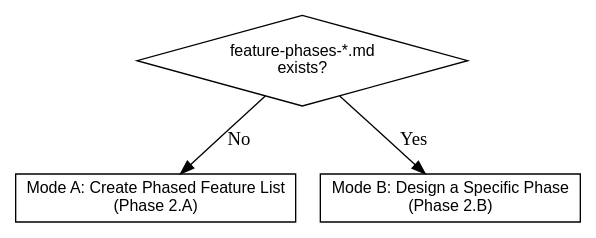
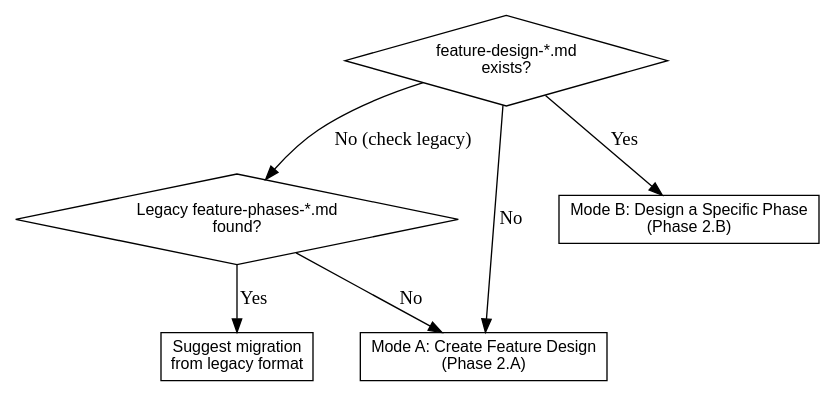
Before and after one commit to Yumoxj/vibe-ops: the second of 2 diagrams in skills/vibe-design/SKILL.md, drawn with Graphviz. The commit also changed other lines of this file and 26 other files, not shown here.

First line of the commit message:
feat: merge feature-phases into feature-design and enforce foundation checks

````diff
--- a/skills/vibe-design/SKILL.md
+++ b/skills/vibe-design/SKILL.md
@@ -83,13 +119,18 @@
 ```dot
 digraph detect_flow {
     rankdir=TB;
     node [fontname="Arial", fontsize=12];
 
-    check [shape=diamond, label="feature-phases-*.md\nexists?"];
-    mode_a [shape=box, label="Mode A: Create Phased Feature List\n(Phase 2.A)"];
+    check [shape=diamond, label="feature-design-*.md\nexists?"];
+    legacy [shape=diamond, label="Legacy feature-phases-*.md\nfound?"];
+    mode_a [shape=box, label="Mode A: Create Feature Design\n(Phase 2.A)"];
     mode_b [shape=box, label="Mode B: Design a Specific Phase\n(Phase 2.B)"];
+    migrate [shape=box, label="Suggest migration\nfrom legacy format"];
 
     check -> mode_a [label="No"];
     check -> mode_b [label="Yes"];
+    check -> legacy [label="No (check legacy)"];
+    legacy -> migrate [label="Yes"];
+    legacy -> mode_a [label="No"];
 }
 ```
````
